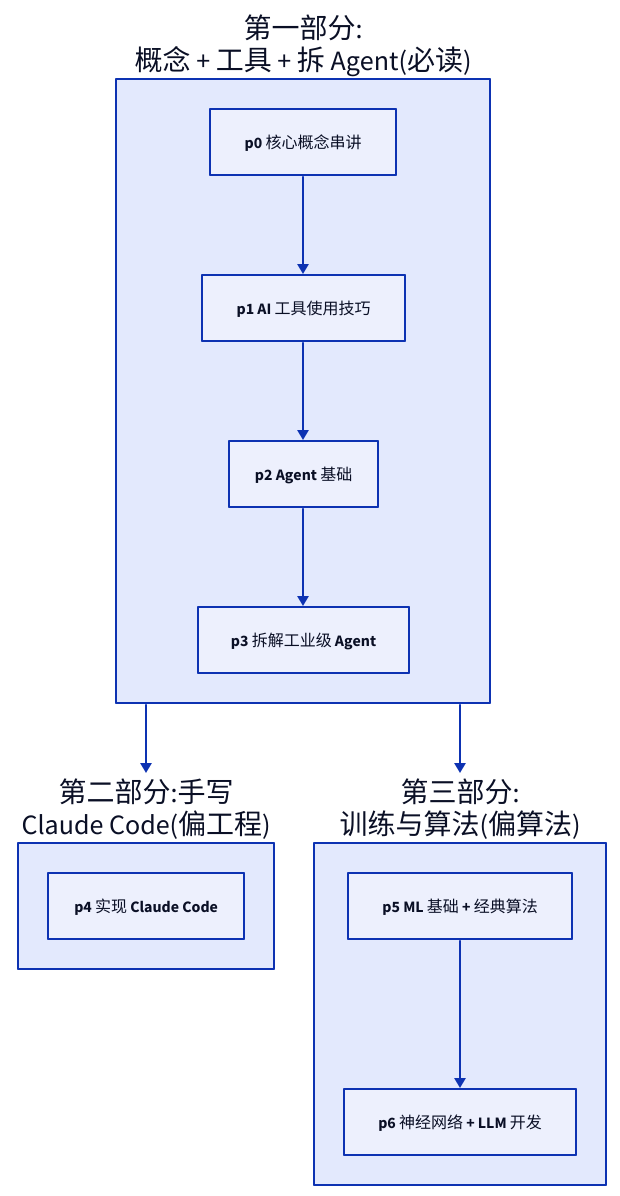
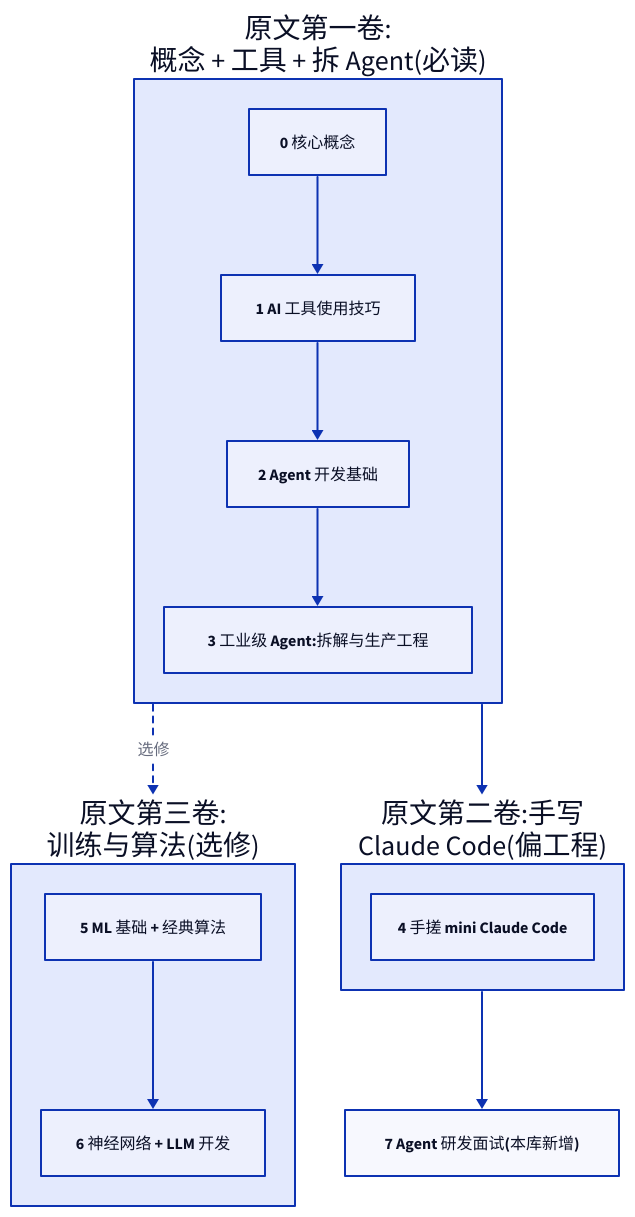
The second of 2 diagrams in p0-core/00-guide.md (advence-liz/agent-learning), drawn with D2 before and after one commit. The commit also changed other lines of this file and 19 other files, not shown here.

````diff
--- a/p0-core/00-guide.md
+++ b/p0-core/00-guide.md
@@ -35,22 +35,24 @@
 ```d2
 direction: down
-part1: "第一部分:\n概念 + 工具 + 拆 Agent(必读)" {
-  p0: "p0 核心概念串讲"
-  p1: "p1 AI 工具使用技巧"
-  p2: "p2 Agent 基础"
-  p3: "p3 拆解工业级 Agent"
+part1: "原文第一卷:\n概念 + 工具 + 拆 Agent(必读)" {
+  p0: "0 核心概念"
+  p1: "1 AI 工具使用技巧"
+  p2: "2 Agent 开发基础"
+  p3: "3 工业级 Agent:拆解与生产工程"
   p0 -> p1
   p1 -> p2
   p2 -> p3
 }
-part2: "第二部分:手写\nClaude Code(偏工程)" {
-  p4: "p4 实现 Claude Code"
+part2: "原文第二卷:手写\nClaude Code(偏工程)" {
+  p4: "4 手搓 mini Claude Code"
 }
-part3: "第三部分:\n训练与算法(偏算法)" {
-  p5: "p5 ML 基础 + 经典算法"
-  p6: "p6 神经网络 + LLM 开发"
+part3: "原文第三卷:\n训练与算法(选修)" {
+  p5: "5 ML 基础 + 经典算法"
+  p6: "6 神经网络 + LLM 开发"
   p5 -> p6
 }
+p7: "7 Agent 研发面试(本库新增)"
 part1 -> part2
-part1 -> part3
+part2 -> p7
+part1 -> part3: 选修 {style.stroke-dash: 3}
 ```
````
